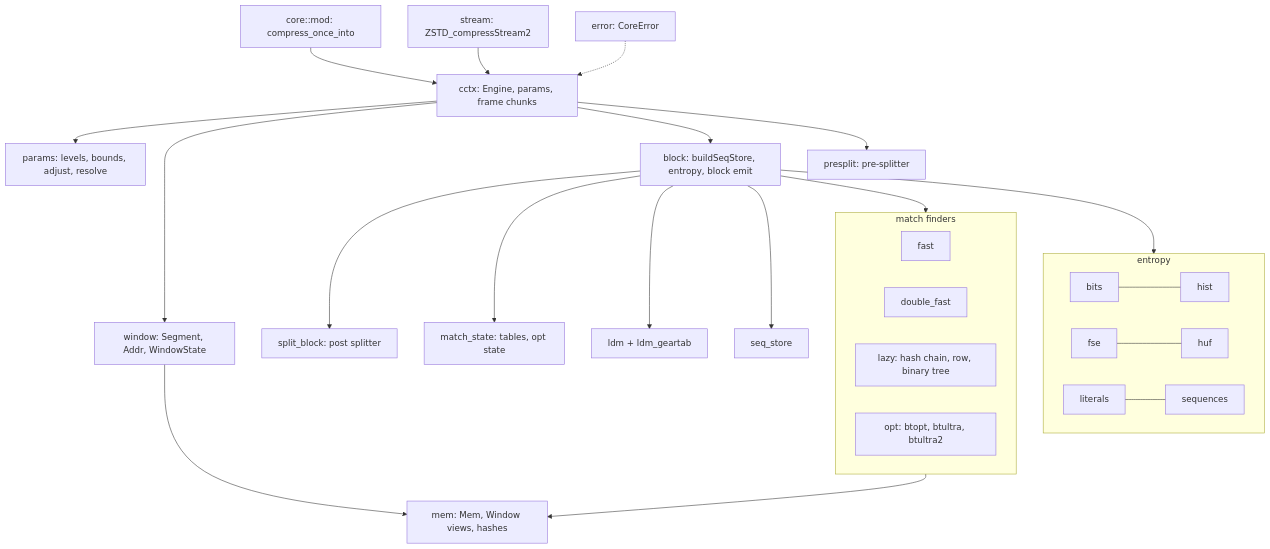
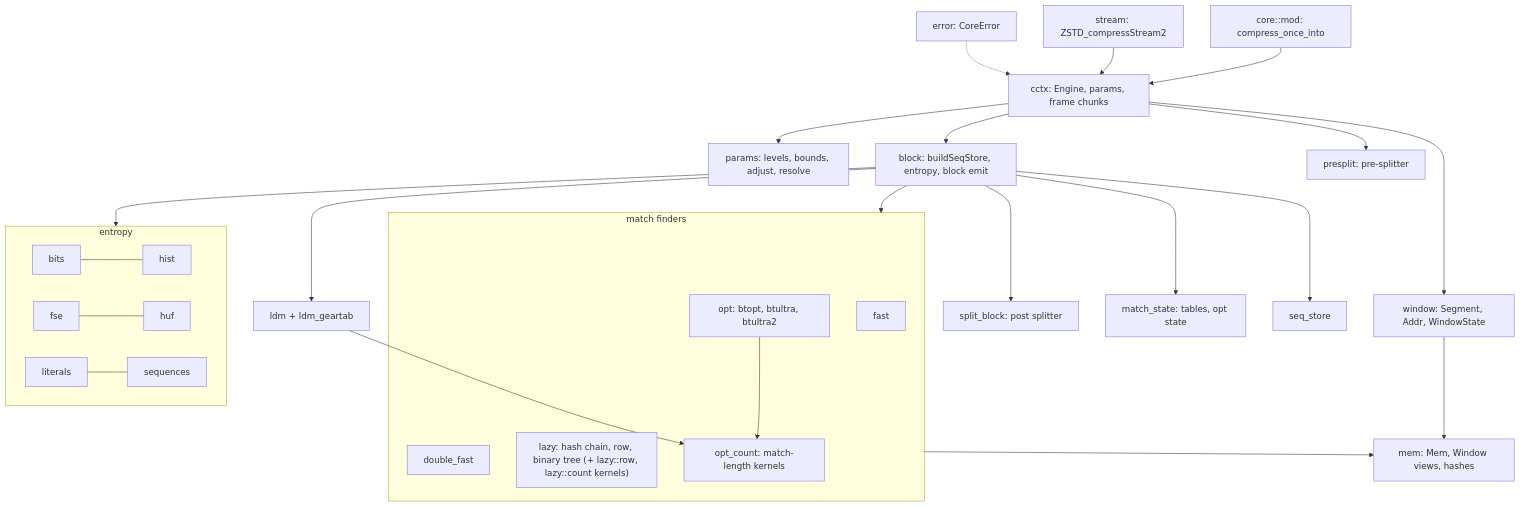
The first of 10 diagrams in architecture/encoder-core.md (M-Compressors/mzstd), drawn with Mermaid before and after one commit. The commit also changed other lines of this file and 52 other files, not shown here.

````diff
--- a/architecture/encoder-core.md
+++ b/architecture/encoder-core.md
@@ -13,29 +13,32 @@
 ```mermaid
 graph TD
     Mod["core::mod: compress_once_into"] --> Cctx[cctx: Engine, params, frame chunks]
     Stream[stream: ZSTD_compressStream2] --> Cctx
     Cctx --> Params[params: levels, bounds, adjust, resolve]
     Cctx --> Window[window: Segment, Addr, WindowState]
     Cctx --> Block[block: buildSeqStore, entropy, block emit]
     Cctx --> Presplit[presplit: pre-splitter]
     Block --> Split[split_block: post splitter]
     Block --> MS[match_state: tables, opt state]
     Block --> Finders
     subgraph Finders[match finders]
         Fast[fast]
         DFast[double_fast]
-        Lazy["lazy: hash chain, row, binary tree"]
+        Lazy["lazy: hash chain, row, binary tree (+ lazy::row, lazy::count kernels)"]
         Opt["opt: btopt, btultra, btultra2"]
+        OptCount["opt_count: match-length kernels"]
+        Opt --> OptCount
     end
     Block --> Ldm[ldm + ldm_geartab]
+    Ldm --> OptCount
     Block --> Seq[seq_store]
     Block --> Entropy
     subgraph Entropy[entropy]
         Bits[bits] --- Hist[hist]
         Fse[fse] --- Huf[huf]
         Lit[literals] --- Seqs[sequences]
     end
     Finders --> Mem["mem: Mem, Window views, hashes"]
     Window --> Mem
     Error[error: CoreError] -.-> Cctx
 ```
````
